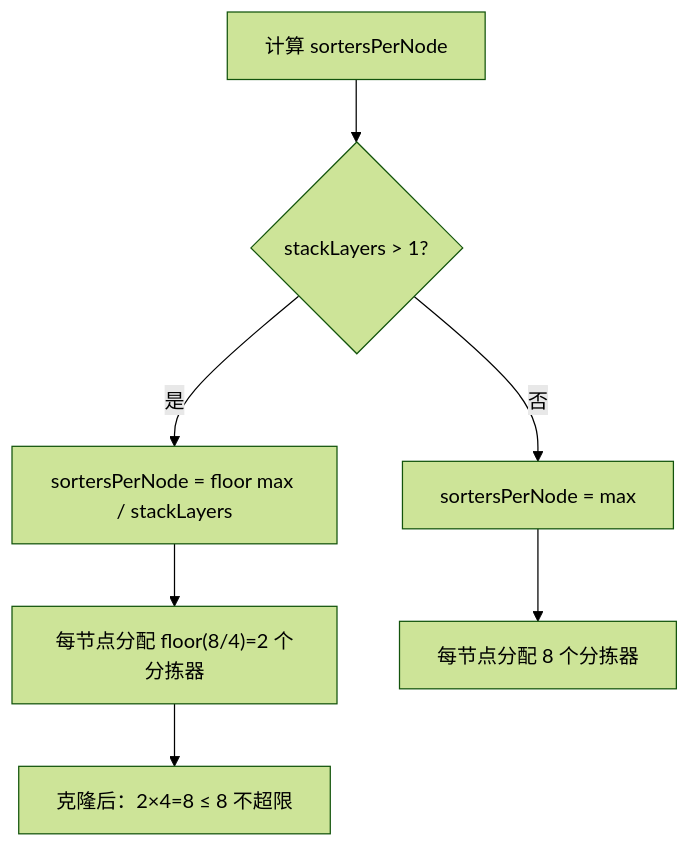
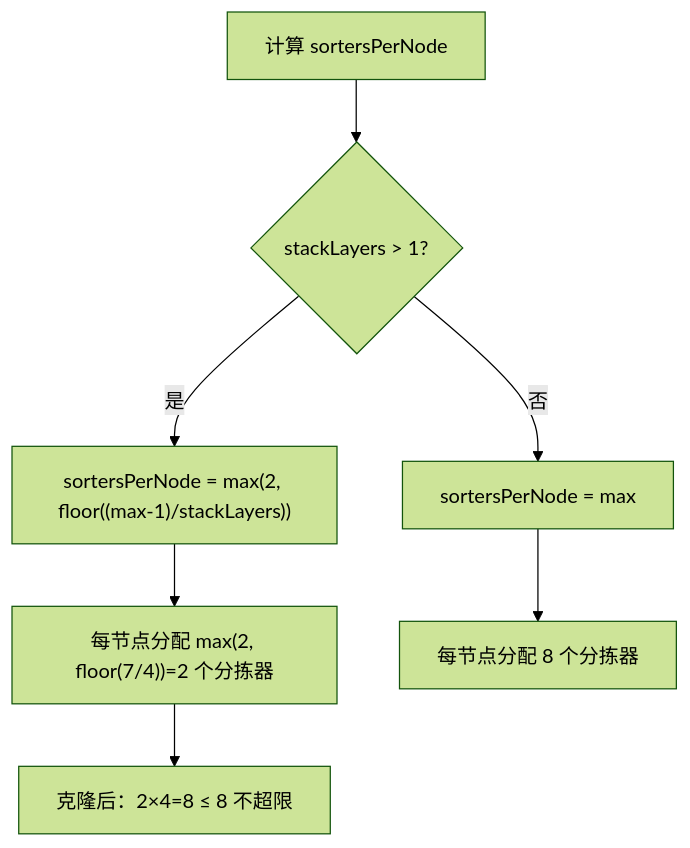
One commit to 793383996/DSQ changed the tenth of 15 diagrams in localDocs/蓝图堆叠模块详细说明.md. Above: the diagram before and after it, drawn with Mermaid (forest theme). The commit also changed other lines of this file and 9 other files, not shown here.

First line of the commit message:
docs: 添加本地文档说明蓝图、data模块和整体架构

````diff
--- a/localDocs/蓝图堆叠模块详细说明.md
+++ b/localDocs/蓝图堆叠模块详细说明.md
@@ -1093,9 +1095,9 @@
 ```mermaid
 flowchart TD
     A["计算 sortersPerNode"] --> B{"stackLayers > 1?"}
-    B -->|是| C["sortersPerNode = floor max / stackLayers"]
+    B -->|是| C["sortersPerNode = max(2, floor((max-1)/stackLayers))"]
     B -->|否| D["sortersPerNode = max"]
-    C --> E["每节点分配 floor(8/4)=2 个分拣器"]
+    C --> E["每节点分配 max(2, floor(7/4))=2 个分拣器"]
     D --> F["每节点分配 8 个分拣器"]
     E --> G["克隆后：2×4=8 ≤ 8 不超限"]
 ```
````
